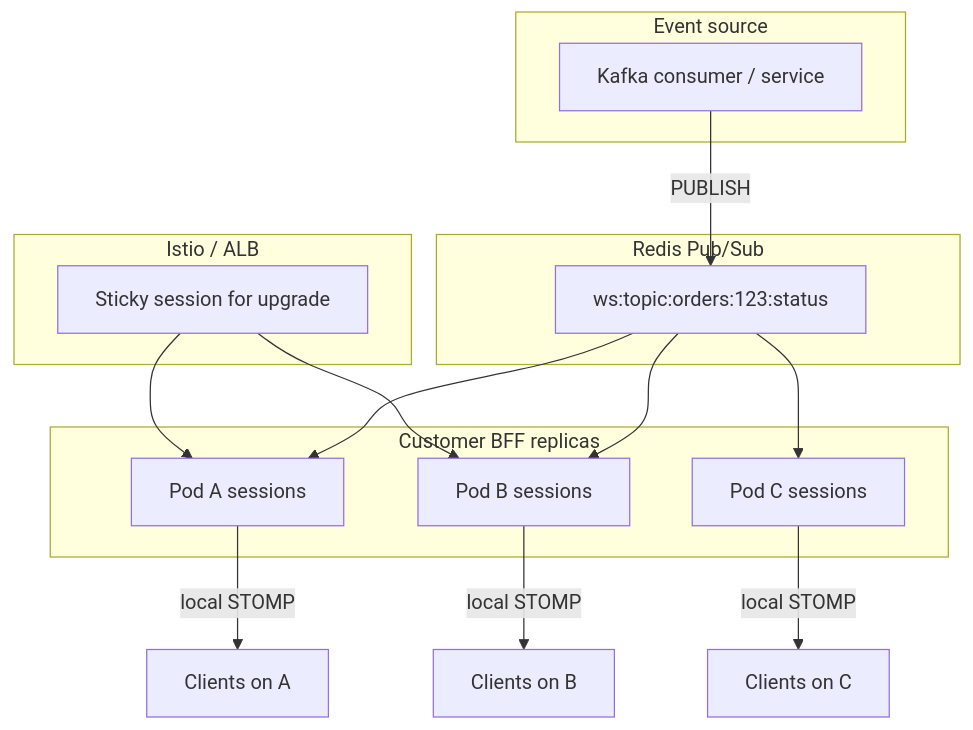
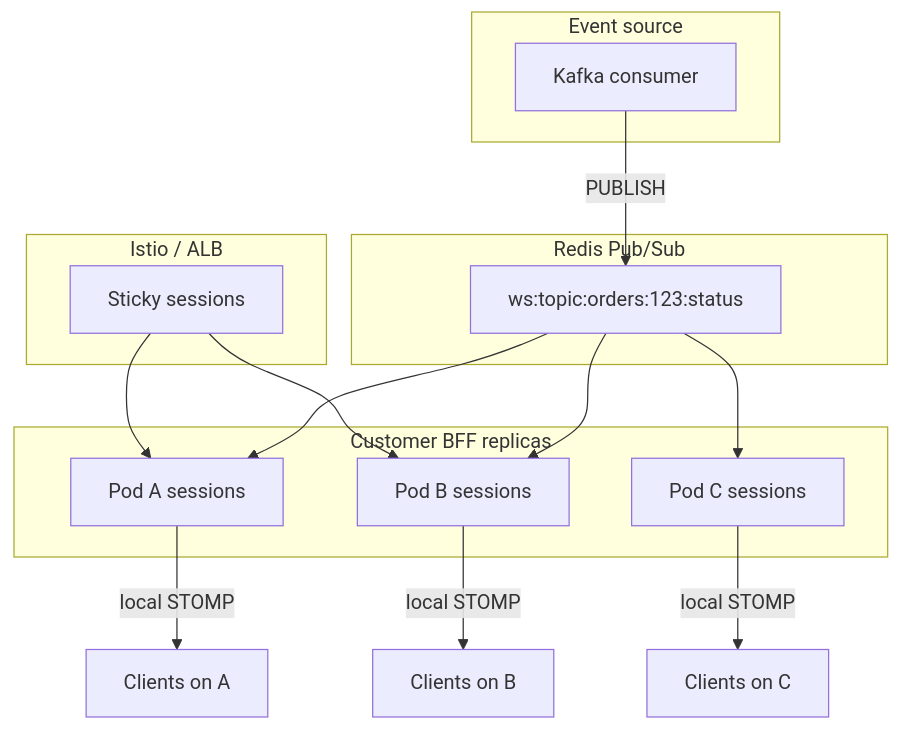
One commit to rishikeshdhokare/platform-manifesto changed the fifth of 7 diagrams in 02-architecture-and-api/04-real-time-architecture.md. Above: the diagram before and after it, drawn with Mermaid. The commit also changed other lines of this file and 12 other files, not shown here.

First line of the commit message:
fix: refactor Mermaid diagrams for compliance (#135)

````diff
--- a/02-architecture-and-api/04-real-time-architecture.md
+++ b/02-architecture-and-api/04-real-time-architecture.md
@@ -299,27 +299,27 @@
 ```mermaid
 flowchart TB
     subgraph Ingress["Istio / ALB"]
-        LB[Sticky session for upgrade]
+        LB[Sticky sessions]
     end
     subgraph Pods["Customer BFF replicas"]
         P1[Pod A sessions]
         P2[Pod B sessions]
         P3[Pod C sessions]
     end
     subgraph Redis["Redis Pub/Sub"]
         CH[ws:topic:orders:123:status]
     end
     subgraph Origin["Event source"]
-        K[Kafka consumer / service]
+        K[Kafka consumer]
     end
 
     LB --> P1
     LB --> P2
     K -->|PUBLISH| CH
     CH --> P1
     CH --> P2
     CH --> P3
     P1 -->|local STOMP| C1[Clients on A]
     P2 -->|local STOMP| C2[Clients on B]
     P3 -->|local STOMP| C3[Clients on C]
 ```
````
